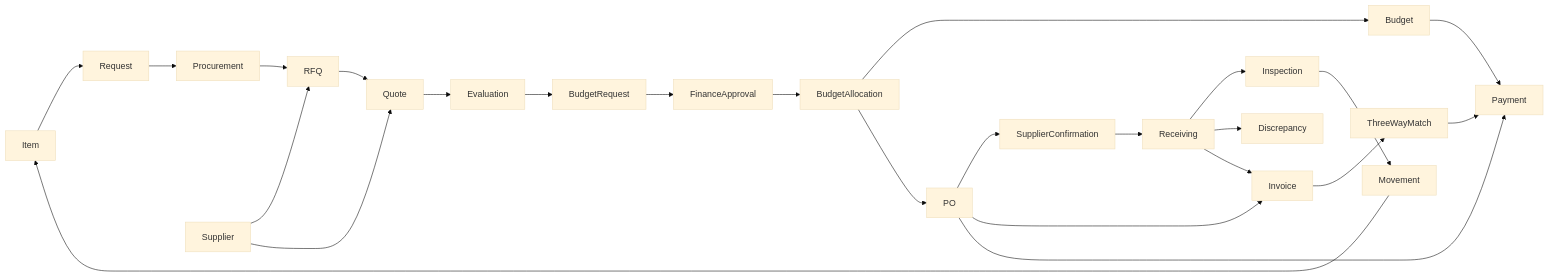
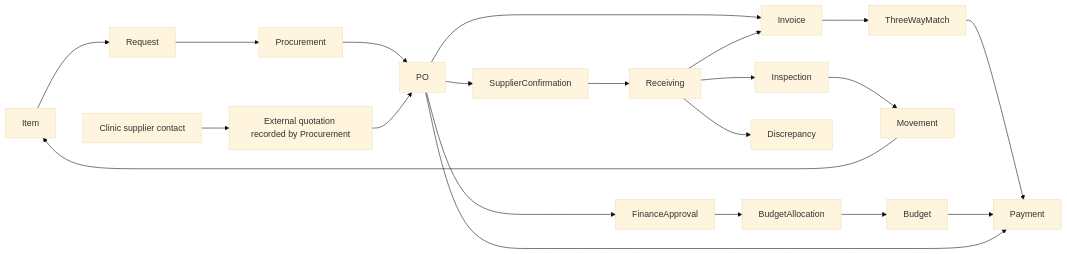
One commit to dev-page/aestheticare-app changed the first of 4 diagrams in docs/supply-management-architecture.md. Above: the diagram before and after it, drawn with Mermaid (base theme). The commit also changed other lines of this file and 57 other files, not shown here.

Commit message:
supply ordering process fix (inventory, procurement, finance, pharmacy)

````diff
--- a/docs/supply-management-architecture.md
+++ b/docs/supply-management-architecture.md
@@ -41,13 +39,13 @@
 ```mermaid
 flowchart LR
-  Item --> Request --> Procurement --> RFQ --> Quote --> Evaluation
-  Supplier --> RFQ
-  Supplier --> Quote
-  Evaluation --> BudgetRequest --> FinanceApproval --> BudgetAllocation --> Budget
-  BudgetAllocation --> PO --> SupplierConfirmation --> Receiving --> Inspection --> Movement --> Item
+  Item --> Request --> Procurement --> PO
+  Supplier[Clinic supplier contact] --> Quote[External quotation recorded by Procurement]
+  Quote --> PO
+  PO --> FinanceApproval --> BudgetAllocation --> Budget
+  PO --> SupplierConfirmation --> Receiving --> Inspection --> Movement --> Item
   Receiving --> Discrepancy
   PO --> Invoice --> ThreeWayMatch --> Payment
   Receiving --> Invoice
   Budget --> Payment
   PO --> Payment
 ```
````
